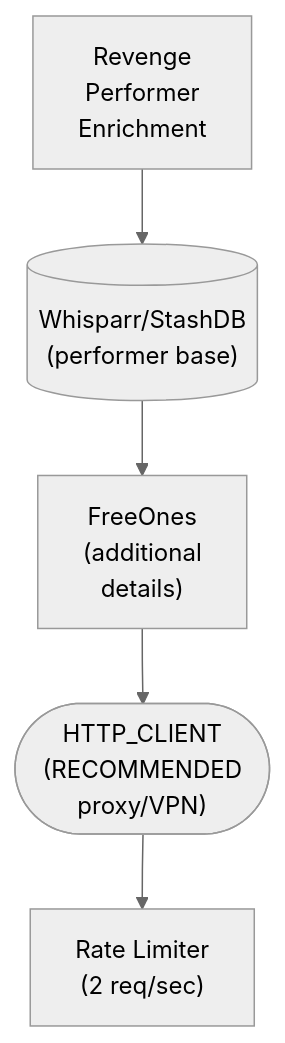
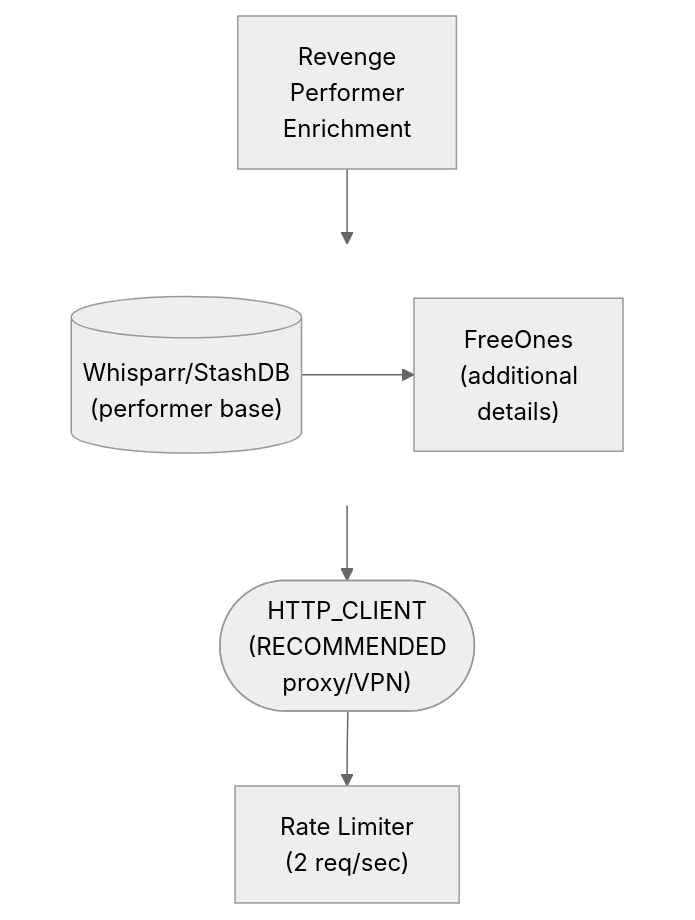
Before and after one commit to lusoris/revenge: the diagram in docs/dev/design/integrations/metadata/adult/FREEONES.md, drawn with Mermaid (neutral theme). The commit also changed 210 other files, not shown here.

First line of the commit message:
feat(docs): Add horizontal layout support for Mermaid diagrams

````diff
--- a/docs/dev/design/integrations/metadata/adult/FREEONES.md
+++ b/docs/dev/design/integrations/metadata/adult/FREEONES.md
@@ -60,12 +60,18 @@
 ```mermaid
 flowchart TD
     node1["Revenge<br/>Performer<br/>Enrichment"]
-    node2[("Whisparr/StashDB<br/>(performer base)")]
-    node3["FreeOnes<br/>(additional<br/>details)"]
+    subgraph row1[ ]
+        direction LR
+        node2[("Whisparr/StashDB<br/>(performer base)")]
+        node3["FreeOnes<br/>(additional<br/>details)"]
+    end
     node4(["HTTP_CLIENT<br/>(RECOMMENDED<br/>proxy/VPN)"])
     node5["Rate Limiter<br/>(2 req/sec)"]
     node2 --> node3
     node1 --> node2
     node3 --> node4
     node4 --> node5
+
+    %% Hide row subgraph borders
+    style row1 fill:transparent,stroke:transparent
 ```
````
